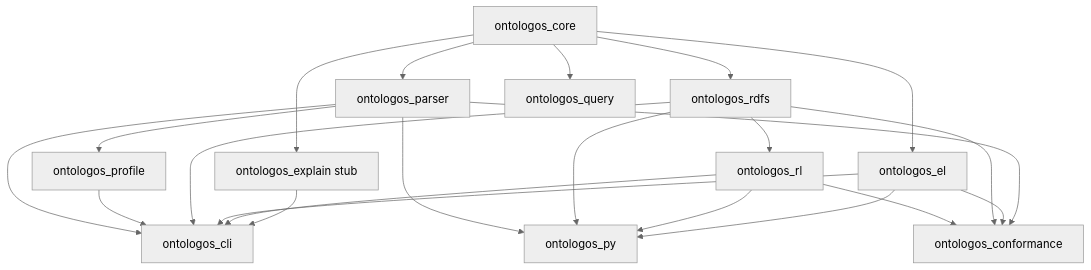
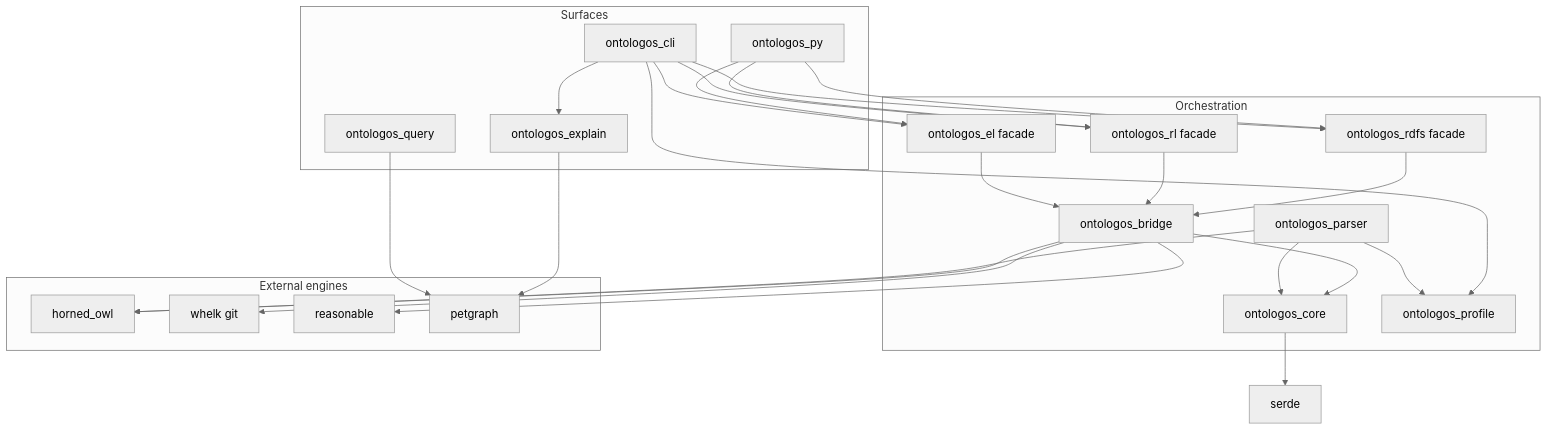
Before and after one commit to eddiethedean/ontologos: the first of 2 diagrams in docs/architecture.md, drawn with Mermaid (neutral theme). The commit also changed other lines of this file and 57 other files, not shown here.

First line of the commit message:
Migrate reasoning to whelk and reasonable via ontologos-bridge.

````diff
--- a/docs/architecture.md
+++ b/docs/architecture.md
@@ -7,36 +7,48 @@
 ```mermaid
 flowchart TB
-  core[ontologos_core]
-  parser[ontologos_parser]
-  profile[ontologos_profile]
-  rdfs[ontologos_rdfs]
-  rl[ontologos_rl]
-  el[ontologos_el]
-  query[ontologos_query]
-  explain[ontologos_explain stub]
-  cli[ontologos_cli]
-  py[ontologos_py]
-  conformance[ontologos_conformance]
+  subgraph surfaces [Surfaces]
+    cli[ontologos_cli]
+    py[ontologos_py]
+    query[ontologos_query]
+    explain[ontologos_explain]
+  end
 
-  core --> parser
+  subgraph orchestration [Orchestration]
+    core[ontologos_core]
+    parser[ontologos_parser]
+    profile[ontologos_profile]
+    bridge[ontologos_bridge]
+    rdfs[ontologos_rdfs facade]
+    rl[ontologos_rl facade]
+    el[ontologos_el facade]
+  end
+
+  subgraph external [External engines]
+    horned[horned_owl]
+    whelk[whelk git]
+    reasonable[reasonable]
+    petgraph[petgraph]
+  end
+
+  parser --> horned
+  parser --> core
   parser --> profile
-  core --> rdfs
-  rdfs --> rl
-  core --> el
-  core --> query
-  core --> explain
-  parser --> cli
-  profile --> cli
-  rdfs --> cli
-  el --> cli
-  rl --> cli
-  explain --> cli
-  parser --> py
-  rdfs --> py
-  rl --> py
-  el --> py
-  rl --> conformance
-  rdfs --> conformance
-  el --> conformance
-  parser --> conformance
+  bridge --> horned
+  bridge --> whelk
+  bridge --> reasonable
+  bridge --> core
+  el --> bridge
+  rl --> bridge
+  rdfs --> bridge
+  query --> petgraph
+  explain --> petgraph
+  cli --> profile
+  cli --> el
+  cli --> rl
+  cli --> rdfs
+  cli --> explain
+  py --> el
+  py --> rl
+  py --> rdfs
+  core --> serde
 ```
````
